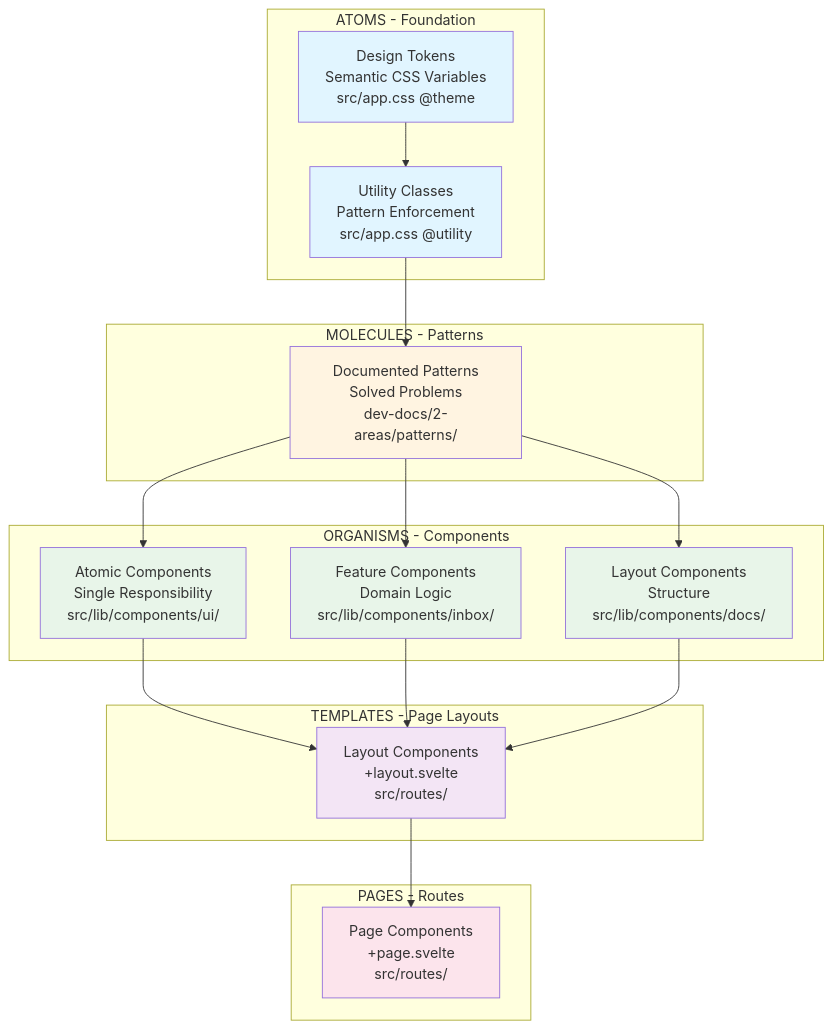
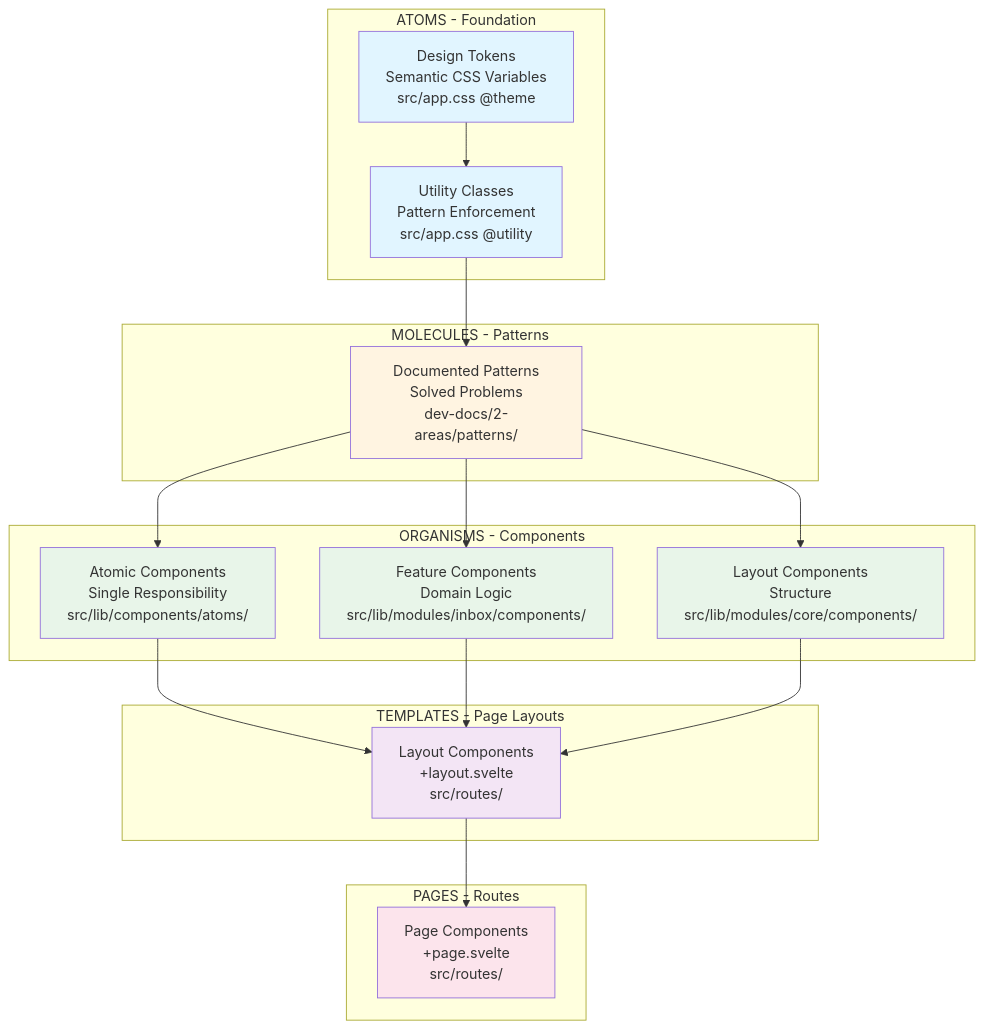
The diagram in dev-docs/2-areas/architecture/atomic-design-svelte.md (synergyai-os/Synergy-Open-Source), drawn with Mermaid before and after one commit. The commit also changed other lines of this file and 9 other files, not shown here.

````diff
--- a/dev-docs/2-areas/architecture/atomic-design-svelte.md
+++ b/dev-docs/2-areas/architecture/atomic-design-svelte.md
@@ -23,44 +23,44 @@
 ```mermaid
 graph TD
     subgraph "ATOMS - Foundation"
         Tokens[Design Tokens<br/>Semantic CSS Variables<br/>src/app.css @theme]
         Utilities[Utility Classes<br/>Pattern Enforcement<br/>src/app.css @utility]
     end
     
     subgraph "MOLECULES - Patterns"
         Patterns[Documented Patterns<br/>Solved Problems<br/>dev-docs/2-areas/patterns/]
     end
     
     subgraph "ORGANISMS - Components"
-        Atomic[Atomic Components<br/>Single Responsibility<br/>src/lib/components/ui/]
-        Feature[Feature Components<br/>Domain Logic<br/>src/lib/components/inbox/]
-        Layout[Layout Components<br/>Structure<br/>src/lib/components/docs/]
+        Atomic[Atomic Components<br/>Single Responsibility<br/>src/lib/components/atoms/]
+        Feature[Feature Components<br/>Domain Logic<br/>src/lib/modules/inbox/components/]
+        Layout[Layout Components<br/>Structure<br/>src/lib/modules/core/components/]
     end
     
     subgraph "TEMPLATES - Page Layouts"
         PageLayouts[Layout Components<br/>+layout.svelte<br/>src/routes/]
     end
     
     subgraph "PAGES - Routes"
         Routes[Page Components<br/>+page.svelte<br/>src/routes/]
     end
     
     Tokens --> Utilities
     Utilities --> Patterns
     Patterns --> Atomic
     Patterns --> Feature
     Patterns --> Layout
     Atomic --> PageLayouts
     Feature --> PageLayouts
     Layout --> PageLayouts
     PageLayouts --> Routes
     
     style Tokens fill:#e1f5ff
     style Utilities fill:#e1f5ff
     style Patterns fill:#fff4e1
     style Atomic fill:#e8f5e9
     style Feature fill:#e8f5e9
     style Layout fill:#e8f5e9
     style PageLayouts fill:#f3e5f5
     style Routes fill:#fce4ec
 ```
````
